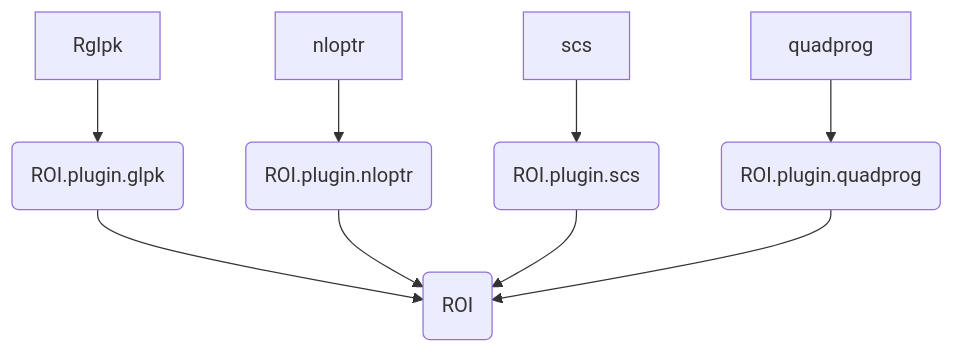
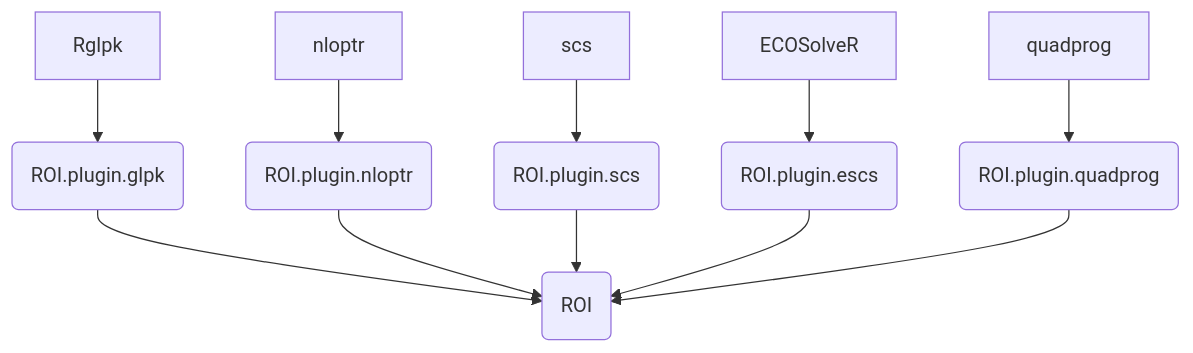
Before and after one commit to XiangyunHuang/data-analysis-in-action: the diagram in numerical-optimization.qmd, drawn with Mermaid. The commit also changed other lines of this file and 3 other files, not shown here.

````diff
--- a/numerical-optimization.qmd
+++ b/numerical-optimization.qmd
@@ -19,15 +29,17 @@
 ```{mermaid}
 %%| label: fig-roi-plugin
 %%| fig-width: 6.5
-%%| fig-cap: ROI 包、插件包和数值优化 R 包的关系
+%%| fig-cap: 数值优化扩展包、插件包和 ROI 包的关系图
 
 flowchart TB
   Rglpk --> ROI_Rglpk(ROI.plugin.glpk)
   ROI_Rglpk --> ROI(ROI)
   nloptr --> ROI_nloptr(ROI.plugin.nloptr)
   ROI_nloptr --> ROI(ROI)
-  scs --> ROI_lpsolve(ROI.plugin.scs)
-  ROI_lpsolve --> ROI(ROI)
+  scs --> ROI_scs(ROI.plugin.scs)
+  ROI_scs --> ROI(ROI)
+  ECOSolveR --> ROI_escs(ROI.plugin.escs)
+  ROI_escs --> ROI(ROI)
   quadprog --> ROI_quadprog(ROI.plugin.quadprog)
   ROI_quadprog --> ROI(ROI)
 ```
````
